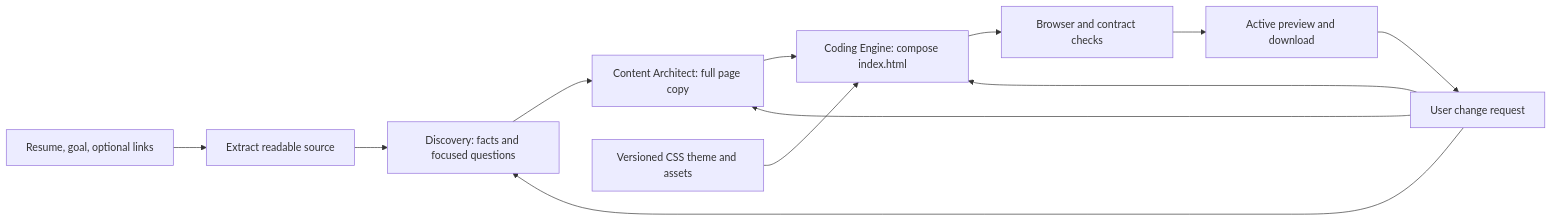
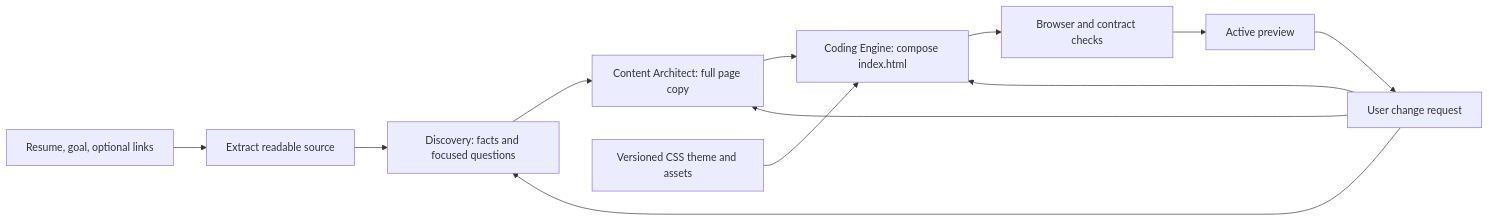
The first of 2 diagrams in docs/architecture/10-proposed-resume-portfolio-system.md (yashsrivastava0/OryxenAI), drawn with Mermaid before and after one commit. The commit also changed other lines of this file and 6 other files, not shown here.

Commit message:
docs(architecture): refine portfolio research and agent contracts

````diff
--- a/docs/architecture/10-proposed-resume-portfolio-system.md
+++ b/docs/architecture/10-proposed-resume-portfolio-system.md
@@ -28,14 +28,14 @@
 ```mermaid
 flowchart LR
     U[Resume, goal, optional links] --> X[Extract readable source]
     X --> D[Discovery: facts and focused questions]
     D --> C[Content Architect: full page copy]
     C --> G[Coding Engine: compose index.html]
     T[Versioned CSS theme and assets] --> G
     G --> Q[Browser and contract checks]
-    Q --> P[Active preview and download]
+    Q --> P[Active preview]
     P --> E[User change request]
     E --> D
     E --> C
     E --> G
 ```
````
